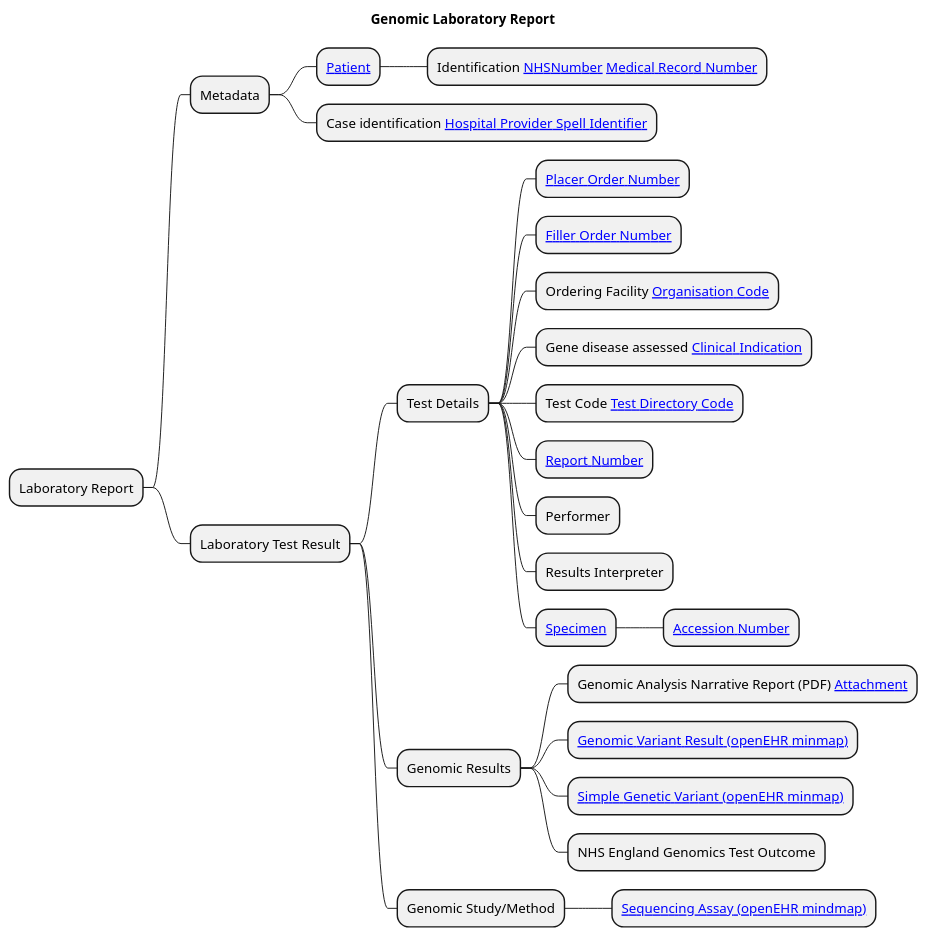
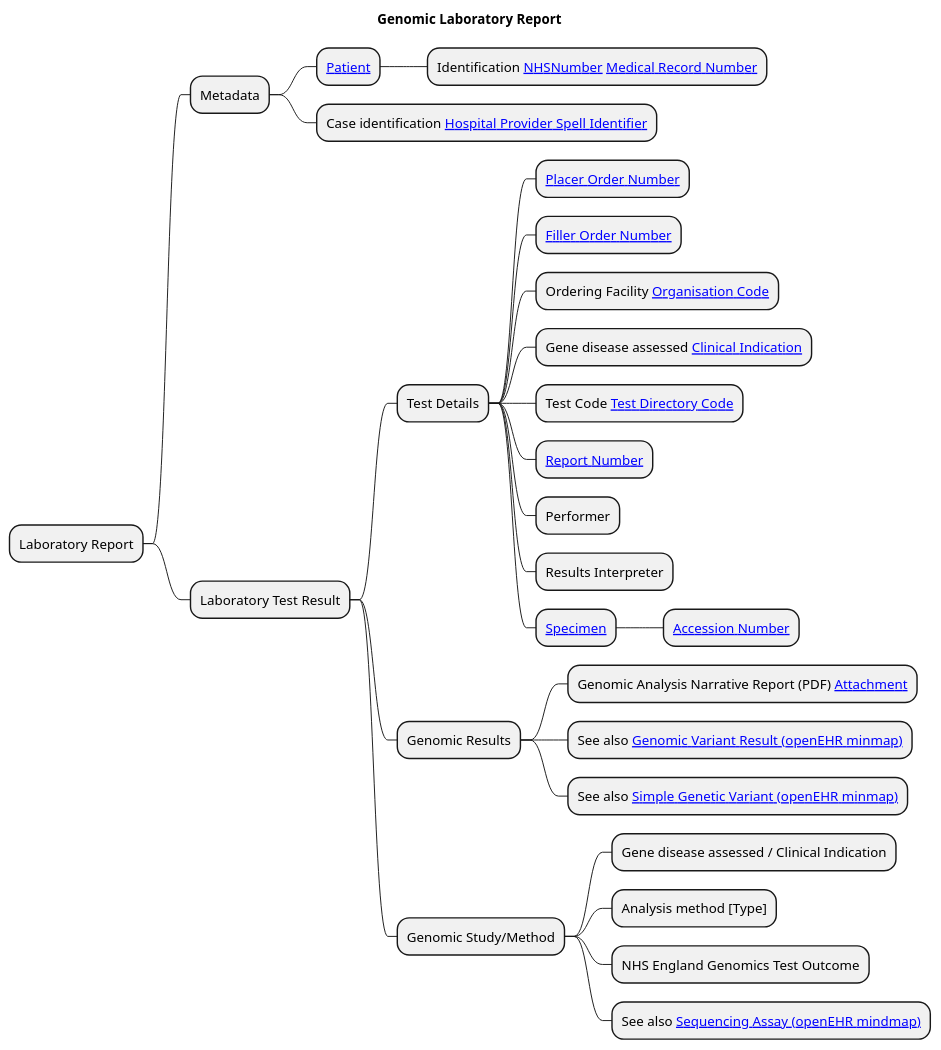
Before and after one commit to uk-gov-mirror/nw-gmsa.nw-gmsa.github.com: the diagram in input/images-source/LaboratoryReport-mindmap.plantuml, drawn with PlantUML.

Commit message:
Procedure elaboration

```diff
--- a/input/images-source/LaboratoryReport-mindmap.plantuml
+++ b/input/images-source/LaboratoryReport-mindmap.plantuml
@@ -1,30 +1,32 @@
 @startmindmap
 
 title "Genomic Laboratory Report"
 
 * Laboratory Report
 ** Metadata
 *** [[StructureDefinition-Patient.html Patient]]
 **** Identification [[StructureDefinition-NHSNumber.html NHSNumber]] [[StructureDefinition-MedicalRecordNumber.html Medical Record Number]]
 *** Case identification [[StructureDefinition-HospitalProviderSpellIdentifier.html Hospital Provider Spell Identifier]]
 ** Laboratory Test Result
 *** Test Details
 **** [[StructureDefinition-PlacerOrderNumber.html Placer Order Number]]
 **** [[StructureDefinition-FillerOrderNumber.html Filler Order Number]]
 **** Ordering Facility [[StructureDefinition-OrganisationCode.html Organisation Code]]
 **** Gene disease assessed [[CodeSystem-GenomicClinicalIndication.html Clinical Indication]]
 **** Test Code [[CodeSystem-GenomicTestCode.html Test Directory Code]]
 **** [[StructureDefinition-ReportNumber.html Report Number]]
 **** Performer
 **** Results Interpreter
 **** [[StructureDefinition-Specimen.html Specimen]]
 ***** [[StructureDefinition-AccessionNumber.html Accession Number]]
 *** Genomic Results
 **** Genomic Analysis Narrative Report (PDF) [[StructureDefinition-NWAttachment.html Attachment]]
-**** [[https://ckm.openehr.org/ckm/archetypes/1013.1.3759/mindmap Genomic Variant Result (openEHR minmap)]]
-**** [[https://ckm.openehr.org/ckm/archetypes/1013.1.4858/mindmap Simple Genetic Variant (openEHR minmap)]]
+**** See also [[https://ckm.openehr.org/ckm/archetypes/1013.1.3759/mindmap Genomic Variant Result (openEHR minmap)]]
+**** See also [[https://ckm.openehr.org/ckm/archetypes/1013.1.4858/mindmap Simple Genetic Variant (openEHR minmap)]]
+*** Genomic Study/Method
+**** Gene disease assessed / Clinical Indication
+**** Analysis method [Type]
 **** NHS England Genomics Test Outcome
-*** Genomic Study/Method
-**** [[https://ckm.openehr.org/ckm/archetypes/1013.1.4256/mindmap Sequencing Assay (openEHR mindmap)]]
+**** See also [[https://ckm.openehr.org/ckm/archetypes/1013.1.4256/mindmap Sequencing Assay (openEHR mindmap)]]
 
 @endmindmap
```
